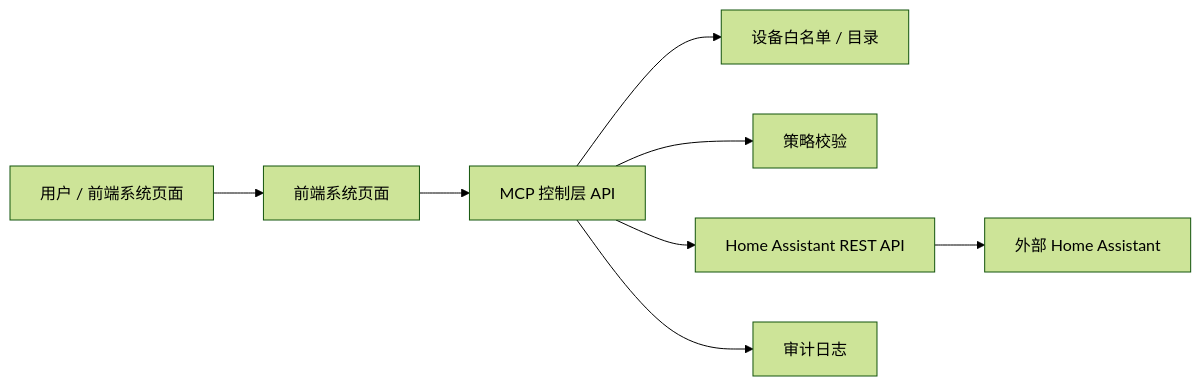
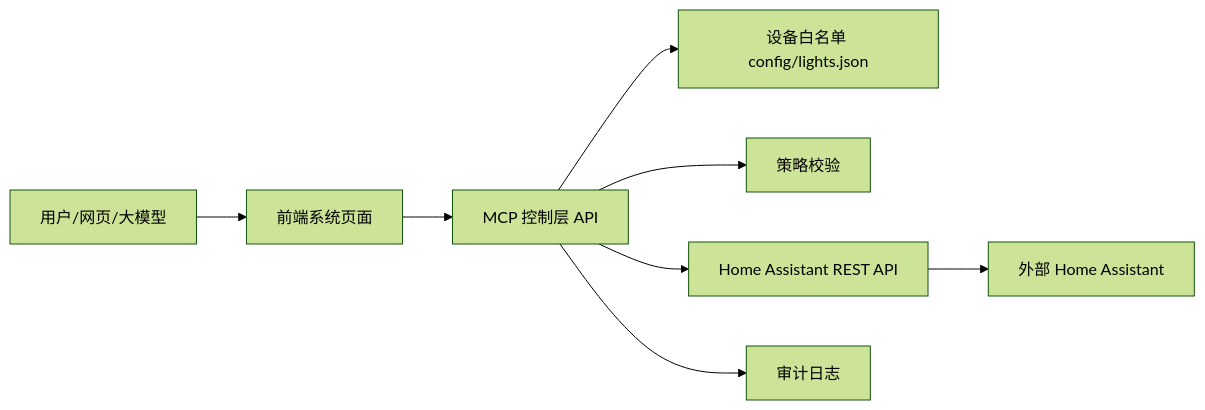
The diagram in home-assistant-mcp-light-enterprise-design-v1.0.md (chllhc-SVG/home-assistant-mcp), drawn with Mermaid (forest theme) before and after one commit. The commit also changed other lines of this file, not shown here.

````diff
--- a/home-assistant-mcp-light-enterprise-design-v1.0.md
+++ b/home-assistant-mcp-light-enterprise-design-v1.0.md
@@ -71,10 +55,10 @@
 ```mermaid
 flowchart LR
-    U[用户 / 前端系统页面] --> FE[前端系统页面]
+    U[用户/网页/大模型] --> FE[前端系统页面]
     FE --> API[MCP 控制层 API]
-    API --> REG[设备白名单 / 目录]
+    API --> CONF[设备白名单 config/lights.json]
     API --> POL[策略校验]
     API --> HA[Home Assistant REST API]
     HA --> EXT[外部 Home Assistant]
     API --> LOG[审计日志]
 ```
````
